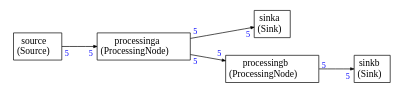
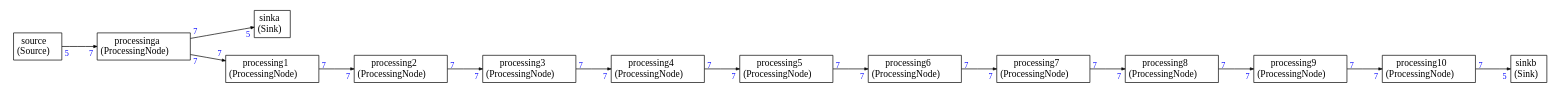
The diagram in Examples/runtime_mode/pre_schedule_runtime_mode.dot (ARM-software/CMSIS-Stream), drawn with Graphviz before and after one commit. The commit also changed 8 other files, not shown here.

Commit message:
More complex runtime graph for tests

```diff
--- a/Examples/runtime_mode/pre_schedule_runtime_mode.dot
+++ b/Examples/runtime_mode/pre_schedule_runtime_mode.dot
@@ -1,75 +1,192 @@
 
 
 
 
 digraph structs {
     bgcolor = "white"
     node [shape=plaintext,color="black",fontcolor="black",fontname="Times-Roman"]
     rankdir=LR
     edge [arrowsize="0.5",color="black",fontcolor="black",fontname="Times-Roman"]
 
 
 
 source [label=<
 <TABLE color="black" bgcolor="none" BORDER="0" CELLBORDER="1" CELLSPACING="0" CELLPADDING="4">
   <TR>
     <TD ALIGN="CENTER" PORT="i"><FONT COLOR="black" POINT-SIZE="14.0">source<BR/>(Source)</FONT></TD>
   </TR>
 </TABLE>>];
 
 processinga [label=<
 <TABLE color="black" bgcolor="none" BORDER="0" CELLBORDER="1" CELLSPACING="0" CELLPADDING="4">
   <TR>
     <TD ALIGN="CENTER" PORT="i"><FONT COLOR="black" POINT-SIZE="14.0">processinga<BR/>(ProcessingNode)</FONT></TD>
   </TR>
 </TABLE>>];
 
 sinka [label=<
 <TABLE color="black" bgcolor="none" BORDER="0" CELLBORDER="1" CELLSPACING="0" CELLPADDING="4">
   <TR>
     <TD ALIGN="CENTER" PORT="i"><FONT COLOR="black" POINT-SIZE="14.0">sinka<BR/>(Sink)</FONT></TD>
   </TR>
 </TABLE>>];
 
-processingb [label=<
+processing1 [label=<
 <TABLE color="black" bgcolor="none" BORDER="0" CELLBORDER="1" CELLSPACING="0" CELLPADDING="4">
   <TR>
-    <TD ALIGN="CENTER" PORT="i"><FONT COLOR="black" POINT-SIZE="14.0">processingb<BR/>(ProcessingNode)</FONT></TD>
+    <TD ALIGN="CENTER" PORT="i"><FONT COLOR="black" POINT-SIZE="14.0">processing1<BR/>(ProcessingNode)</FONT></TD>
+  </TR>
+</TABLE>>];
+
+processing2 [label=<
+<TABLE color="black" bgcolor="none" BORDER="0" CELLBORDER="1" CELLSPACING="0" CELLPADDING="4">
+  <TR>
+    <TD ALIGN="CENTER" PORT="i"><FONT COLOR="black" POINT-SIZE="14.0">processing2<BR/>(ProcessingNode)</FONT></TD>
+  </TR>
+</TABLE>>];
+
+processing3 [label=<
+<TABLE color="black" bgcolor="none" BORDER="0" CELLBORDER="1" CELLSPACING="0" CELLPADDING="4">
+  <TR>
+    <TD ALIGN="CENTER" PORT="i"><FONT COLOR="black" POINT-SIZE="14.0">processing3<BR/>(ProcessingNode)</FONT></TD>
+  </TR>
+</TABLE>>];
+
+processing4 [label=<
+<TABLE color="black" bgcolor="none" BORDER="0" CELLBORDER="1" CELLSPACING="0" CELLPADDING="4">
+  <TR>
+    <TD ALIGN="CENTER" PORT="i"><FONT COLOR="black" POINT-SIZE="14.0">processing4<BR/>(ProcessingNode)</FONT></TD>
+  </TR>
+</TABLE>>];
+
+processing5 [label=<
+<TABLE color="black" bgcolor="none" BORDER="0" CELLBORDER="1" CELLSPACING="0" CELLPADDING="4">
+  <TR>
+    <TD ALIGN="CENTER" PORT="i"><FONT COLOR="black" POINT-SIZE="14.0">processing5<BR/>(ProcessingNode)</FONT></TD>
+  </TR>
+</TABLE>>];
+
+processing6 [label=<
+<TABLE color="black" bgcolor="none" BORDER="0" CELLBORDER="1" CELLSPACING="0" CELLPADDING="4">
+  <TR>
+    <TD ALIGN="CENTER" PORT="i"><FONT COLOR="black" POINT-SIZE="14.0">processing6<BR/>(ProcessingNode)</FONT></TD>
+  </TR>
+</TABLE>>];
+
+processing7 [label=<
+<TABLE color="black" bgcolor="none" BORDER="0" CELLBORDER="1" CELLSPACING="0" CELLPADDING="4">
+  <TR>
+    <TD ALIGN="CENTER" PORT="i"><FONT COLOR="black" POINT-SIZE="14.0">processing7<BR/>(ProcessingNode)</FONT></TD>
+  </TR>
+</TABLE>>];
+
+processing8 [label=<
+<TABLE color="black" bgcolor="none" BORDER="0" CELLBORDER="1" CELLSPACING="0" CELLPADDING="4">
+  <TR>
+    <TD ALIGN="CENTER" PORT="i"><FONT COLOR="black" POINT-SIZE="14.0">processing8<BR/>(ProcessingNode)</FONT></TD>
+  </TR>
+</TABLE>>];
+
+processing9 [label=<
+<TABLE color="black" bgcolor="none" BORDER="0" CELLBORDER="1" CELLSPACING="0" CELLPADDING="4">
+  <TR>
+    <TD ALIGN="CENTER" PORT="i"><FONT COLOR="black" POINT-SIZE="14.0">processing9<BR/>(ProcessingNode)</FONT></TD>
+  </TR>
+</TABLE>>];
+
+processing10 [label=<
+<TABLE color="black" bgcolor="none" BORDER="0" CELLBORDER="1" CELLSPACING="0" CELLPADDING="4">
+  <TR>
+    <TD ALIGN="CENTER" PORT="i"><FONT COLOR="black" POINT-SIZE="14.0">processing10<BR/>(ProcessingNode)</FONT></TD>
   </TR>
 </TABLE>>];
 
 sinkb [label=<
 <TABLE color="black" bgcolor="none" BORDER="0" CELLBORDER="1" CELLSPACING="0" CELLPADDING="4">
   <TR>
     <TD ALIGN="CENTER" PORT="i"><FONT COLOR="black" POINT-SIZE="14.0">sinkb<BR/>(Sink)</FONT></TD>
   </TR>
 </TABLE>>];
 
 
 
 source:i -> processinga:i [style="solid",color="black",label=""
-,headlabel=<<TABLE BORDER="0" CELLPADDING="2"><TR><TD><FONT COLOR="blue" POINT-SIZE="12.0" >5</FONT>
+,headlabel=<<TABLE BORDER="0" CELLPADDING="2"><TR><TD><FONT COLOR="blue" POINT-SIZE="12.0" >7</FONT>
 </TD></TR></TABLE>>
 ,taillabel=<<TABLE BORDER="0" CELLPADDING="2"><TR><TD><FONT COLOR="blue" POINT-SIZE="12.0" >5</FONT>
 </TD></TR></TABLE>>]
 
 processinga:i -> sinka:i [style="solid",color="black",label=""
 ,headlabel=<<TABLE BORDER="0" CELLPADDING="2"><TR><TD><FONT COLOR="blue" POINT-SIZE="12.0" >5</FONT>
 </TD></TR></TABLE>>
-,taillabel=<<TABLE BORDER="0" CELLPADDING="2"><TR><TD><FONT COLOR="blue" POINT-SIZE="12.0" >5</FONT>
+,taillabel=<<TABLE BORDER="0" CELLPADDING="2"><TR><TD><FONT COLOR="blue" POINT-SIZE="12.0" >7</FONT>
 </TD></TR></TABLE>>]
 
-processinga:i -> processingb:i [style="solid",color="black",label=""
+processinga:i -> processing1:i [style="solid",color="black",label=""
+,headlabel=<<TABLE BORDER="0" CELLPADDING="2"><TR><TD><FONT COLOR="blue" POINT-SIZE="12.0" >7</FONT>
+</TD></TR></TABLE>>
+,taillabel=<<TABLE BORDER="0" CELLPADDING="2"><TR><TD><FONT COLOR="blue" POINT-SIZE="12.0" >7</FONT>
+</TD></TR></TABLE>>]
+
+processing1:i -> processing2:i [style="solid",color="black",label=""
+,headlabel=<<TABLE BORDER="0" CELLPADDING="2"><TR><TD><FONT COLOR="blue" POINT-SIZE="12.0" >7</FONT>
+</TD></TR></TABLE>>
+,taillabel=<<TABLE BORDER="0" CELLPADDING="2"><TR><TD><FONT COLOR="blue" POINT-SIZE="12.0" >7</FONT>
+</TD></TR></TABLE>>]
+
+processing2:i -> processing3:i [style="solid",color="black",label=""
+,headlabel=<<TABLE BORDER="0" CELLPADDING="2"><TR><TD><FONT COLOR="blue" POINT-SIZE="12.0" >7</FONT>
+</TD></TR></TABLE>>
+,taillabel=<<TABLE BORDER="0" CELLPADDING="2"><TR><TD><FONT COLOR="blue" POINT-SIZE="12.0" >7</FONT>
+</TD></TR></TABLE>>]
+
+processing3:i -> processing4:i [style="solid",color="black",label=""
+,headlabel=<<TABLE BORDER="0" CELLPADDING="2"><TR><TD><FONT COLOR="blue" POINT-SIZE="12.0" >7</FONT>
+</TD></TR></TABLE>>
+,taillabel=<<TABLE BORDER="0" CELLPADDING="2"><TR><TD><FONT COLOR="blue" POINT-SIZE="12.0" >7</FONT>
+</TD></TR></TABLE>>]
+
+processing4:i -> processing5:i [style="solid",color="black",label=""
+,headlabel=<<TABLE BORDER="0" CELLPADDING="2"><TR><TD><FONT COLOR="blue" POINT-SIZE="12.0" >7</FONT>
+</TD></TR></TABLE>>
+,taillabel=<<TABLE BORDER="0" CELLPADDING="2"><TR><TD><FONT COLOR="blue" POINT-SIZE="12.0" >7</FONT>
+</TD></TR></TABLE>>]
+
+processing5:i -> processing6:i [style="solid",color="black",label=""
+,headlabel=<<TABLE BORDER="0" CELLPADDING="2"><TR><TD><FONT COLOR="blue" POINT-SIZE="12.0" >7</FONT>
+</TD></TR></TABLE>>
+,taillabel=<<TABLE BORDER="0" CELLPADDING="2"><TR><TD><FONT COLOR="blue" POINT-SIZE="12.0" >7</FONT>
+</TD></TR></TABLE>>]
+
+processing6:i -> processing7:i [style="solid",color="black",label=""
+,headlabel=<<TABLE BORDER="0" CELLPADDING="2"><TR><TD><FONT COLOR="blue" POINT-SIZE="12.0" >7</FONT>
+</TD></TR></TABLE>>
+,taillabel=<<TABLE BORDER="0" CELLPADDING="2"><TR><TD><FONT COLOR="blue" POINT-SIZE="12.0" >7</FONT>
+</TD></TR></TABLE>>]
+
+processing7:i -> processing8:i [style="solid",color="black",label=""
+,headlabel=<<TABLE BORDER="0" CELLPADDING="2"><TR><TD><FONT COLOR="blue" POINT-SIZE="12.0" >7</FONT>
+</TD></TR></TABLE>>
+,taillabel=<<TABLE BORDER="0" CELLPADDING="2"><TR><TD><FONT COLOR="blue" POINT-SIZE="12.0" >7</FONT>
+</TD></TR></TABLE>>]
+
+processing8:i -> processing9:i [style="solid",color="black",label=""
+,headlabel=<<TABLE BORDER="0" CELLPADDING="2"><TR><TD><FONT COLOR="blue" POINT-SIZE="12.0" >7</FONT>
+</TD></TR></TABLE>>
+,taillabel=<<TABLE BORDER="0" CELLPADDING="2"><TR><TD><FONT COLOR="blue" POINT-SIZE="12.0" >7</FONT>
+</TD></TR></TABLE>>]
+
+processing9:i -> processing10:i [style="solid",color="black",label=""
+,headlabel=<<TABLE BORDER="0" CELLPADDING="2"><TR><TD><FONT COLOR="blue" POINT-SIZE="12.0" >7</FONT>
+</TD></TR></TABLE>>
+,taillabel=<<TABLE BORDER="0" CELLPADDING="2"><TR><TD><FONT COLOR="blue" POINT-SIZE="12.0" >7</FONT>
+</TD></TR></TABLE>>]
+
+processing10:i -> sinkb:i [style="solid",color="black",label=""
 ,headlabel=<<TABLE BORDER="0" CELLPADDING="2"><TR><TD><FONT COLOR="blue" POINT-SIZE="12.0" >5</FONT>
 </TD></TR></TABLE>>
-,taillabel=<<TABLE BORDER="0" CELLPADDING="2"><TR><TD><FONT COLOR="blue" POINT-SIZE="12.0" >5</FONT>
-</TD></TR></TABLE>>]
-
-processingb:i -> sinkb:i [style="solid",color="black",label=""
-,headlabel=<<TABLE BORDER="0" CELLPADDING="2"><TR><TD><FONT COLOR="blue" POINT-SIZE="12.0" >5</FONT>
-</TD></TR></TABLE>>
-,taillabel=<<TABLE BORDER="0" CELLPADDING="2"><TR><TD><FONT COLOR="blue" POINT-SIZE="12.0" >5</FONT>
+,taillabel=<<TABLE BORDER="0" CELLPADDING="2"><TR><TD><FONT COLOR="blue" POINT-SIZE="12.0" >7</FONT>
 </TD></TR></TABLE>>]
 
 
 }
```
